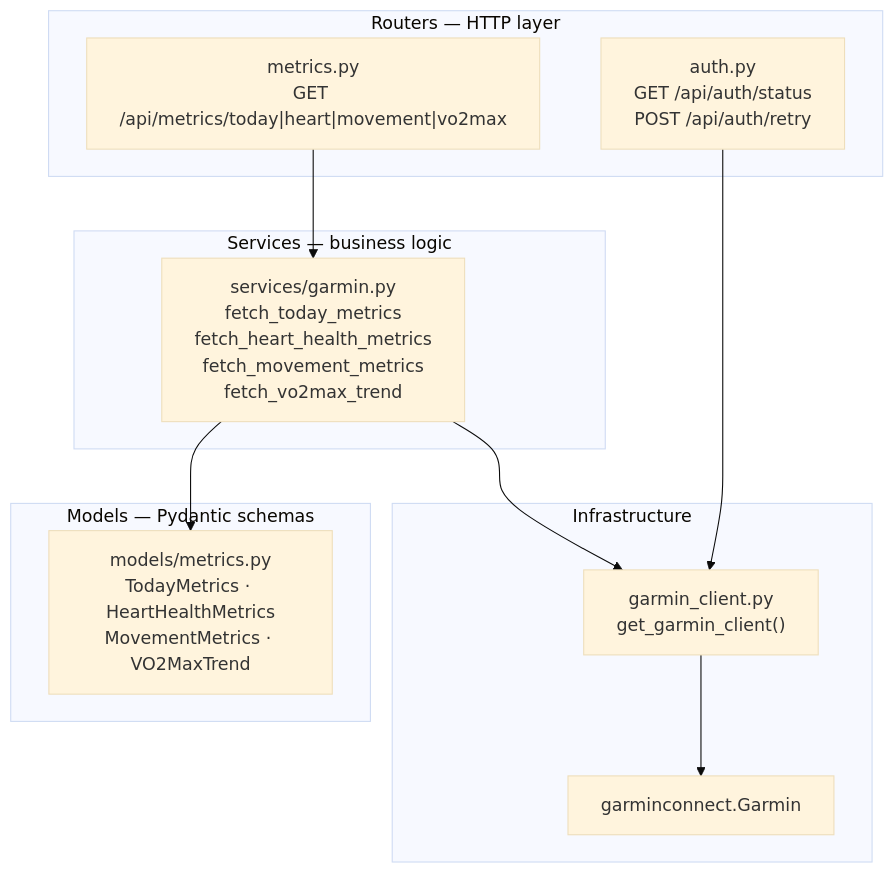
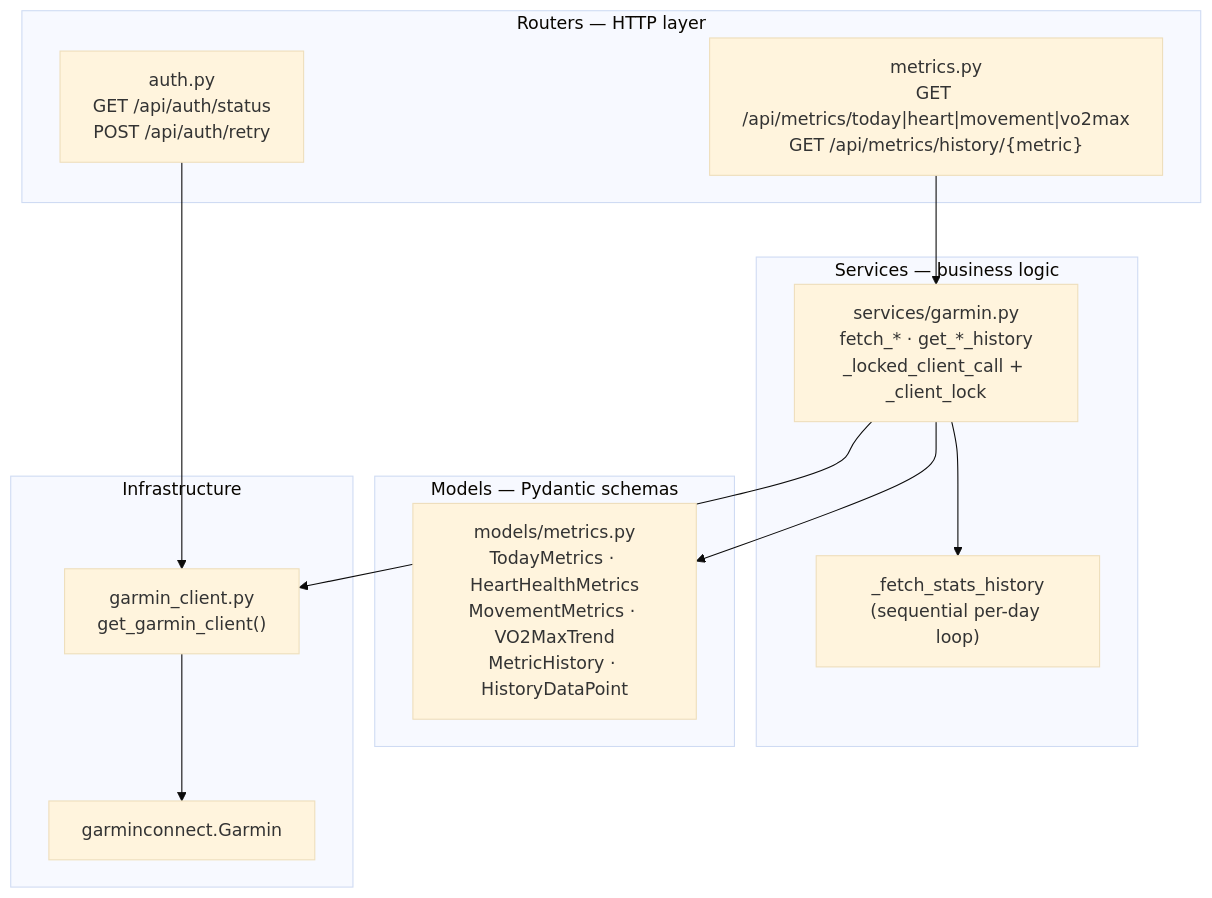
Before and after one commit to solarflarefx/health-dashboard: the third of 6 diagrams in docs/architecture.md, drawn with Mermaid (base theme). The commit also changed other lines of this file and 7 other files, not shown here.

````diff
--- a/docs/architecture.md
+++ b/docs/architecture.md
@@ -169,26 +169,28 @@
 ```mermaid
 flowchart TB
     subgraph HTTP["Routers — HTTP layer"]
-        MET["metrics.py<br/>GET /api/metrics/today|heart|movement|vo2max"]
+        MET["metrics.py<br/>GET /api/metrics/today|heart|movement|vo2max<br/>GET /api/metrics/history/{metric}"]
         AUTH["auth.py<br/>GET /api/auth/status<br/>POST /api/auth/retry"]
     end
 
     subgraph BL["Services — business logic"]
-        GAR["services/garmin.py<br/>fetch_today_metrics<br/>fetch_heart_health_metrics<br/>fetch_movement_metrics<br/>fetch_vo2max_trend"]
+        GAR["services/garmin.py<br/>fetch_* · get_*_history<br/>_locked_client_call + _client_lock"]
+        HIST["_fetch_stats_history<br/>(sequential per-day loop)"]
     end
 
     subgraph DATA["Models — Pydantic schemas"]
-        MDL["models/metrics.py<br/>TodayMetrics · HeartHealthMetrics<br/>MovementMetrics · VO2MaxTrend"]
+        MDL["models/metrics.py<br/>TodayMetrics · HeartHealthMetrics<br/>MovementMetrics · VO2MaxTrend<br/>MetricHistory · HistoryDataPoint"]
     end
 
     subgraph INFRA["Infrastructure"]
         CLIENT["garmin_client.py<br/>get_garmin_client()"]
         LIB["garminconnect.Garmin"]
     end
 
     MET --> GAR
+    GAR --> HIST
     GAR --> MDL
     GAR --> CLIENT
     CLIENT --> LIB
     AUTH --> CLIENT
 ```
````
